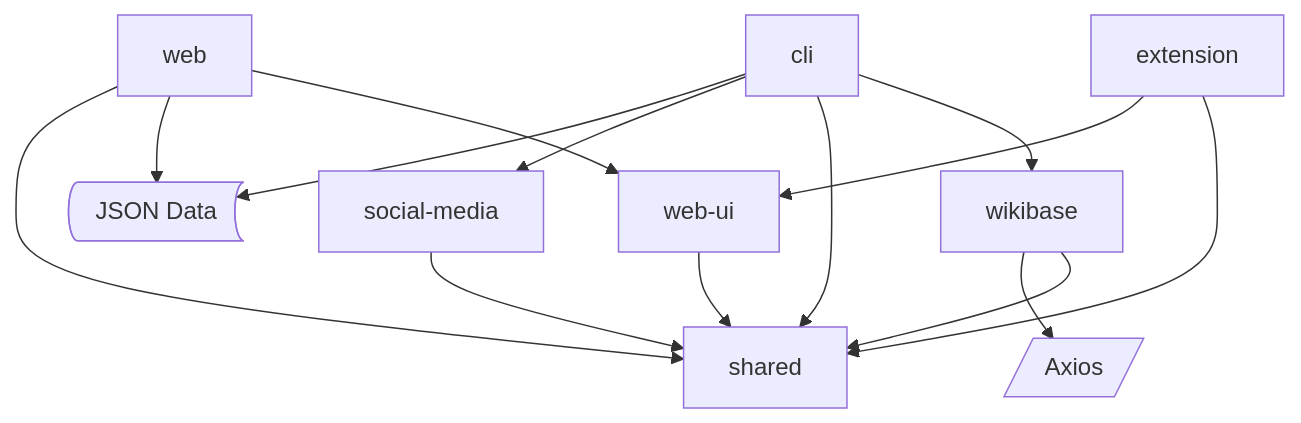
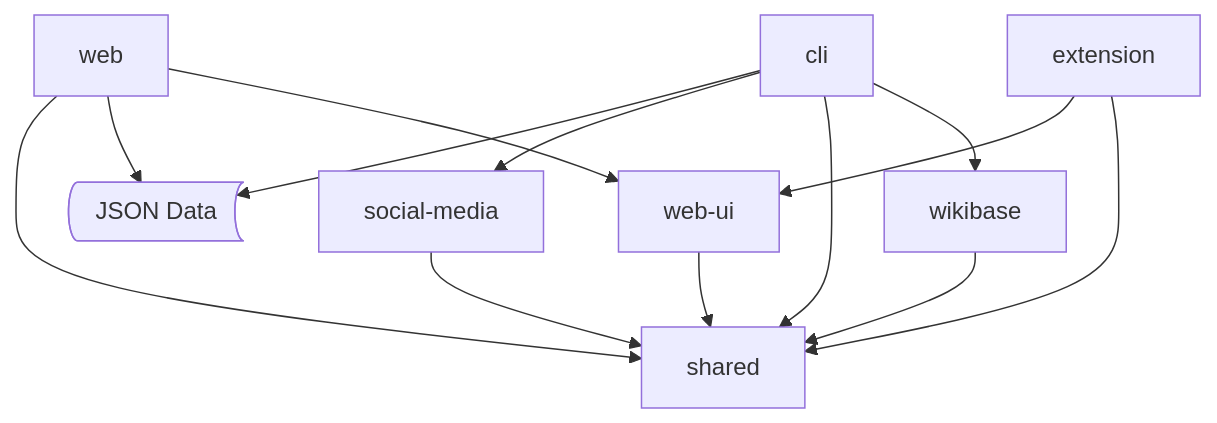
Before and after one commit to GaryB432/accomplishedh: the diagram in README.md, drawn with Mermaid. The commit also changed other lines of this file and 45 other files, not shown here.

````diff
--- a/README.md
+++ b/README.md
@@ -49,19 +96,17 @@
 ```mermaid
 flowchart TD
 D@{ shape: bow-rect, label: "JSON Data "}
-Axios@{ shape: lean-r, label: "Axios" }
 web --> shared
 web --> D
 web --> web-ui
 cli --> D
 cli --> social-media
 cli --> shared
 cli --> wikibase
-wikibase --> Axios
 extension --> web-ui
 extension --> shared
 social-media --> shared
 wikibase --> shared
 web-ui --> shared
 
 ```
````
